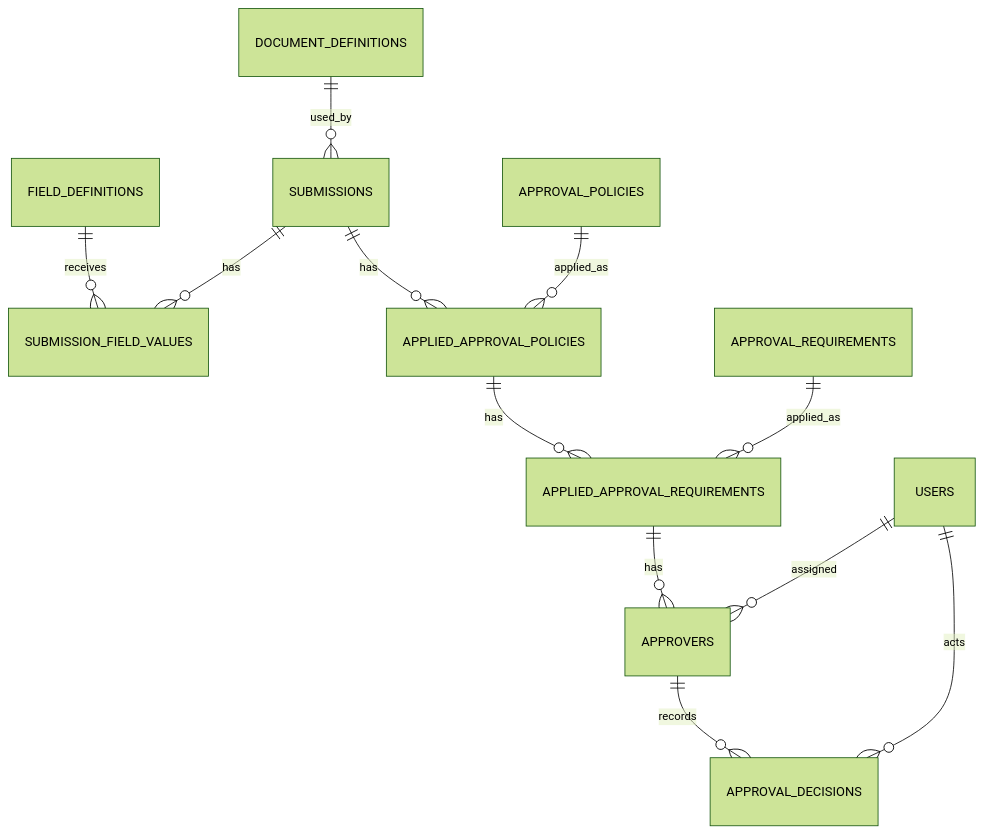
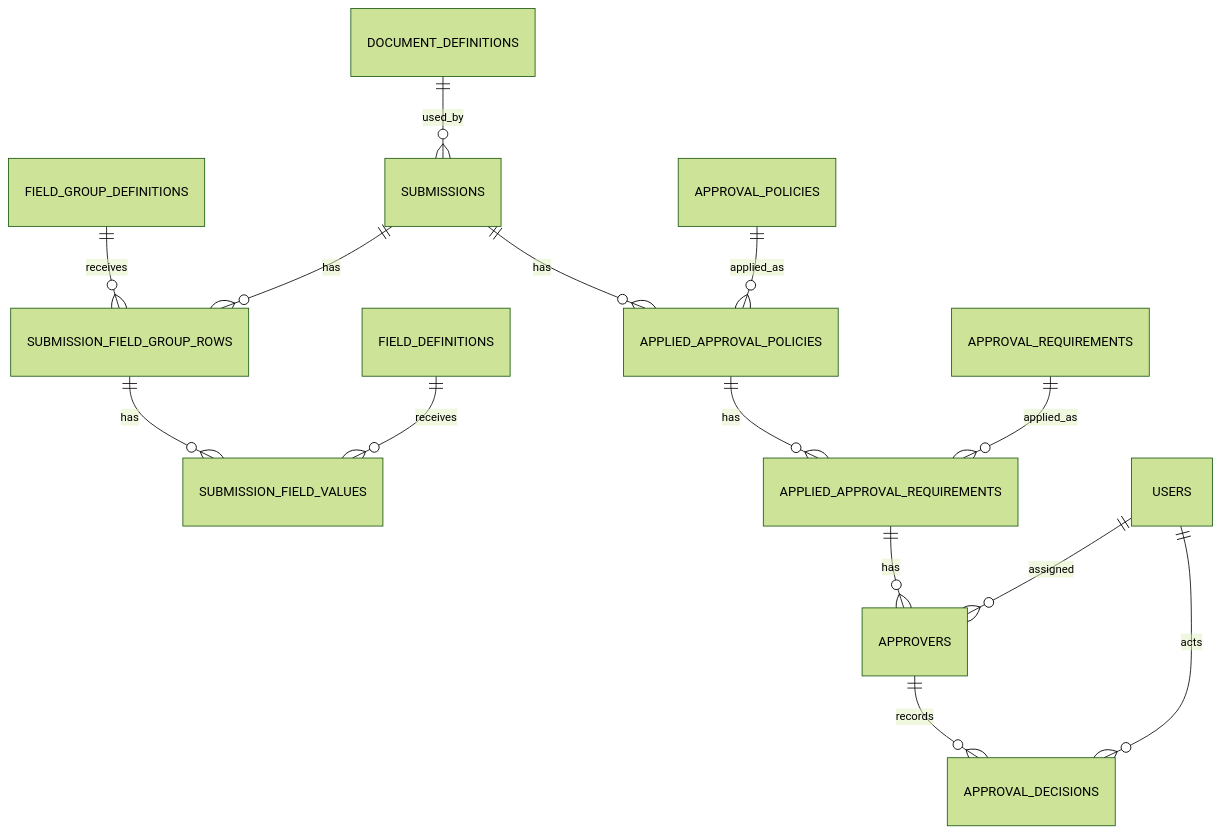
The third of 3 diagrams in docs/database/er-diagram.md (cheesecomer/workflow-studio), drawn with Mermaid (forest theme) before and after one commit. The commit also changed other lines of this file and 6 other files, not shown here.

Commit message:
docs: add FieldGroupDefinition and SubmissionFieldGroupRow models

````diff
--- a/docs/database/er-diagram.md
+++ b/docs/database/er-diagram.md
@@ -91,20 +92,23 @@
 ```mermaid
 erDiagram
     DOCUMENT_DEFINITIONS ||--o{ SUBMISSIONS : used_by
 
+    FIELD_GROUP_DEFINITIONS ||--o{ SUBMISSION_FIELD_GROUP_ROWS : receives
+    SUBMISSIONS ||--o{ SUBMISSION_FIELD_GROUP_ROWS : has
+
+    SUBMISSION_FIELD_GROUP_ROWS ||--o{ SUBMISSION_FIELD_VALUES : has
     FIELD_DEFINITIONS ||--o{ SUBMISSION_FIELD_VALUES : receives
-    SUBMISSIONS ||--o{ SUBMISSION_FIELD_VALUES : has
 
     SUBMISSIONS ||--o{ APPLIED_APPROVAL_POLICIES : has
     APPROVAL_POLICIES ||--o{ APPLIED_APPROVAL_POLICIES : applied_as
 
     APPLIED_APPROVAL_POLICIES ||--o{ APPLIED_APPROVAL_REQUIREMENTS : has
     APPROVAL_REQUIREMENTS ||--o{ APPLIED_APPROVAL_REQUIREMENTS : applied_as
 
     APPLIED_APPROVAL_REQUIREMENTS ||--o{ APPROVERS : has
 
     USERS ||--o{ APPROVERS : assigned
 
     APPROVERS ||--o{ APPROVAL_DECISIONS : records
     USERS ||--o{ APPROVAL_DECISIONS : acts
 ```
````
